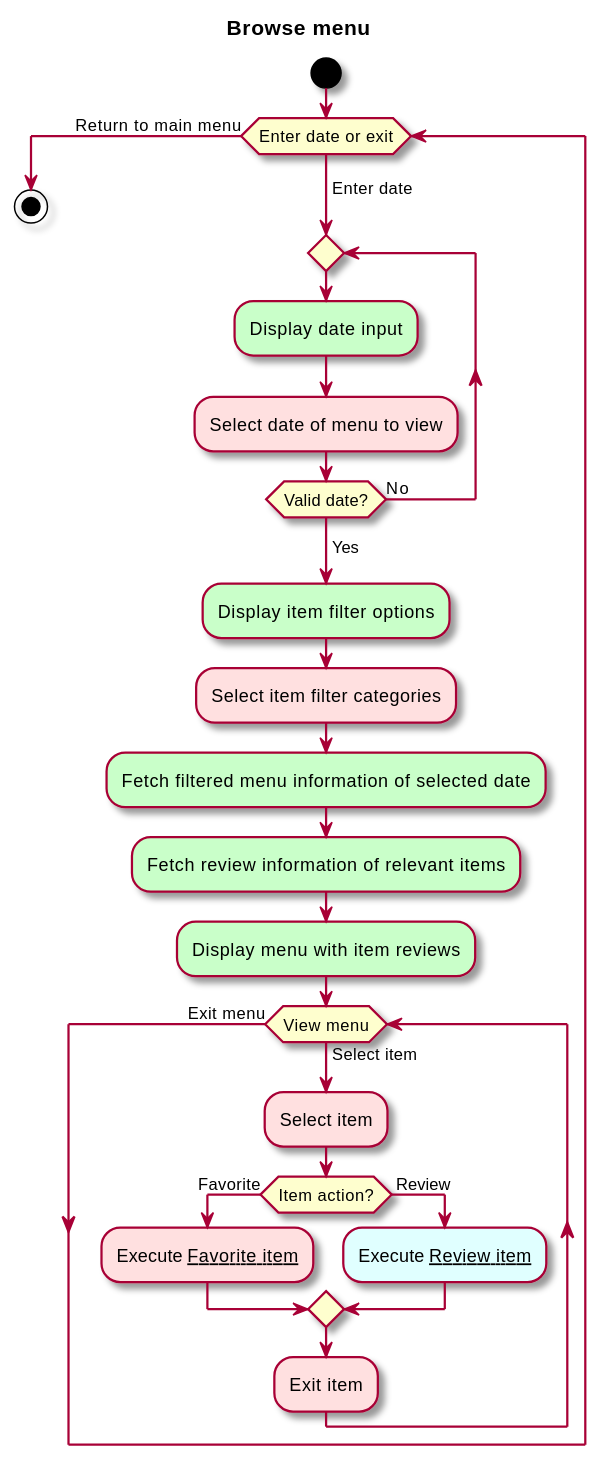
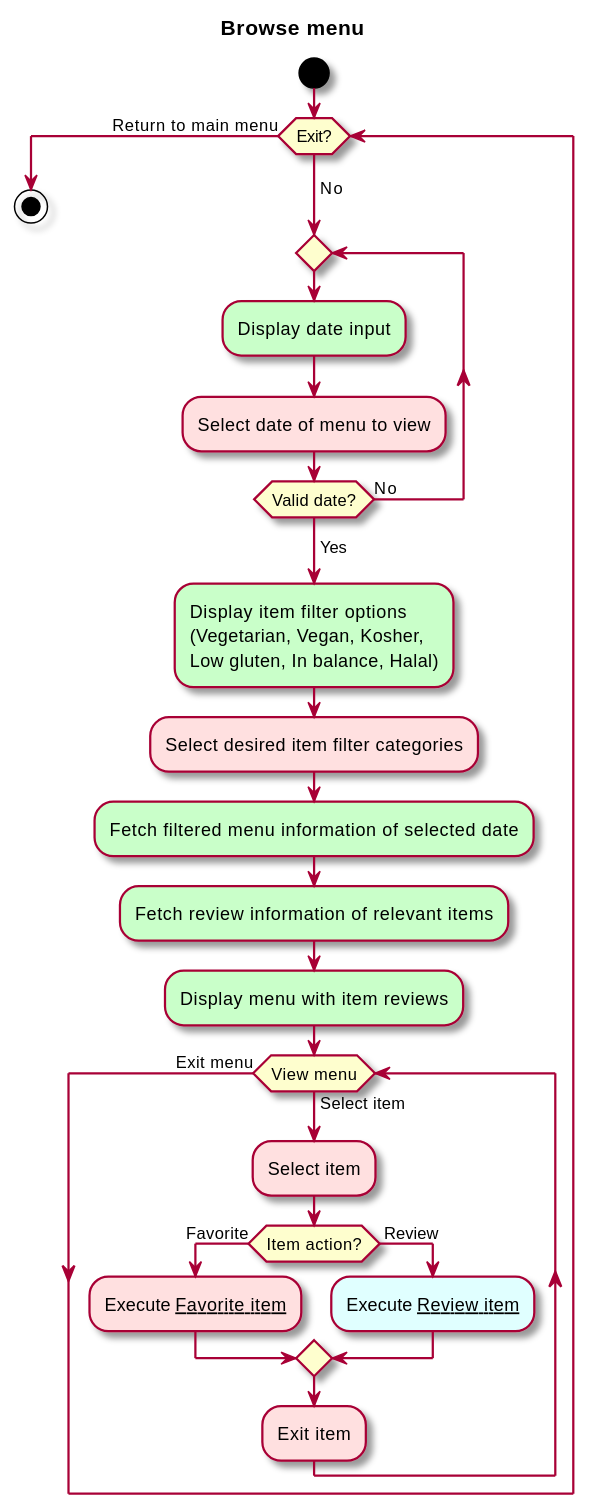
One commit to sashap100/Vassar-Dining-App changed the diagram in intellij/doc/use-cases/browse-menu.md. Above: the diagram before and after it, drawn with PlantUML. The commit also changed other lines of this file and 5 other files, not shown here.

````diff
--- a/intellij/doc/use-cases/browse-menu.md
+++ b/intellij/doc/use-cases/browse-menu.md
@@ -24,31 +27,31 @@
 ```plantuml
 @startuml
 
 skin rose
 title Browse menu
 
 start
-while (Enter date or exit) is (\nEnter date)
+while (Exit?) is (\nNo)
 repeat
     #technology:Display date input;
     #implementation:Select date of menu to view;
 repeat while (Valid date?) is (No)
 -> Yes;
-#technology:Display item filter options;
-#implementation:Select item filter categories;
+#technology:Display item filter options \n(Vegetarian, Vegan, Kosher, \nLow gluten, In balance, Halal);
+#implementation:Select desired item filter categories;
 #technology:Fetch filtered menu information of selected date;
 #technology:Fetch review information of relevant items;
 #technology:Display menu with item reviews;
 while (View menu) is (Select item)
 #implementation:Select item;
     if (Item action?) then (Favorite)
         #implementation:Execute __Favorite item__;
     else ( Review)
         #LightCyan:Execute __Review item__;
 endif
 #implementation:Exit item;
 endwhile (Exit menu)
 endwhile (Return to main menu)
 stop
 @enduml
 ```
````
